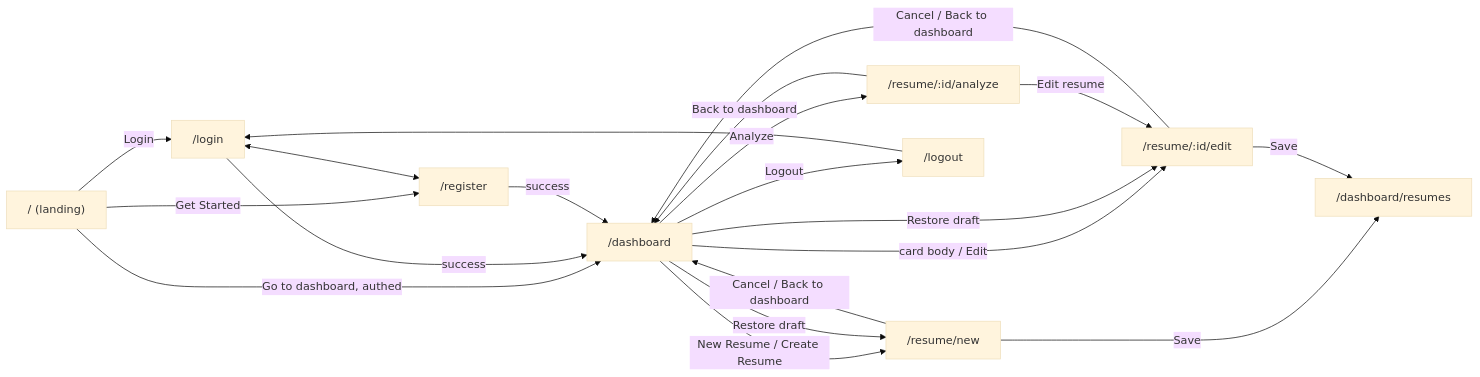
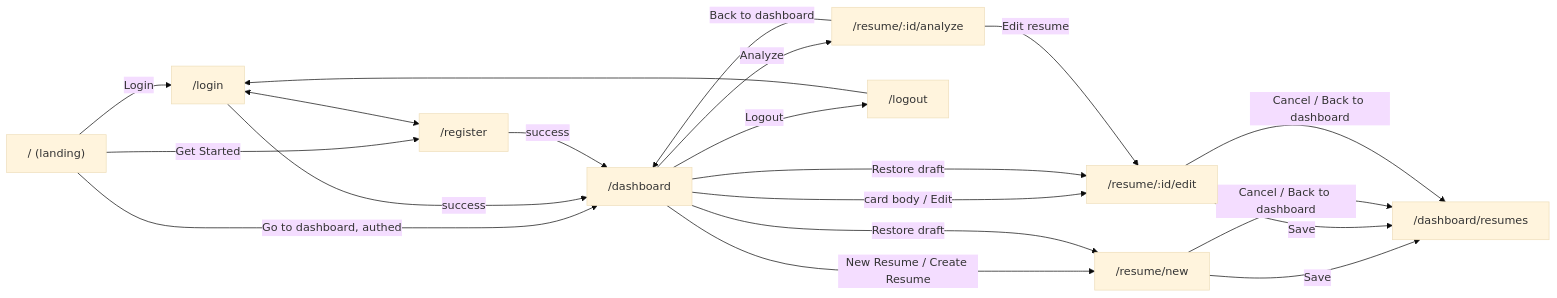
Before and after one commit to LMTanjil/resume-optimizer-client: the diagram in docs/user-flow.md, drawn with Mermaid (base theme). The commit also changed 2 other files, not shown here.

Commit message:
fix: builder Cancel and Back link go to My Resumes

````diff
--- a/docs/user-flow.md
+++ b/docs/user-flow.md
@@ -30,20 +30,20 @@
 ```mermaid
 flowchart LR
   Root["/ (landing)"] -->|Login| Login["/login"]
   Root -->|Get Started| Register
   Root -->|Go to dashboard, authed| Dash["/dashboard"]
   Login <--> Register["/register"]
   Login -->|success| Dash
   Register -->|success| Dash
   Dash -->|New Resume / Create Resume| New["/resume/new"]
   Dash -->|card body / Edit| Edit["/resume/:id/edit"]
   Dash -->|Analyze| Analyze["/resume/:id/analyze"]
   Dash -->|Restore draft| New
   Dash -->|Restore draft| Edit
   New -->|Save| Resumes["/dashboard/resumes"]
   Edit -->|Save| Resumes
   Analyze -->|Edit resume| Edit
   Analyze -->|Back to dashboard| Dash
-  New & Edit -->|Cancel / Back to dashboard| Dash
+  New & Edit -->|Cancel / Back to dashboard| Resumes
   Dash -->|Logout| Logout["/logout"] --> Login
 ```
````
